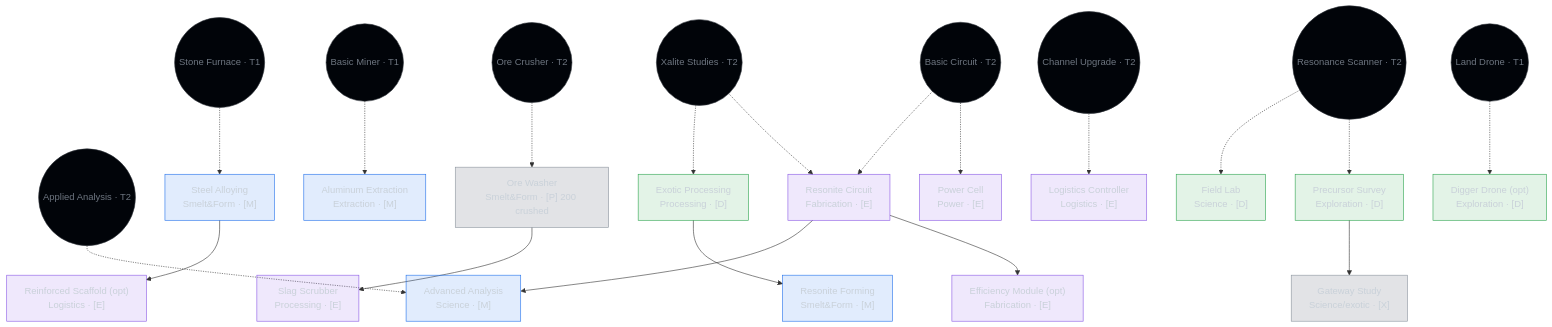
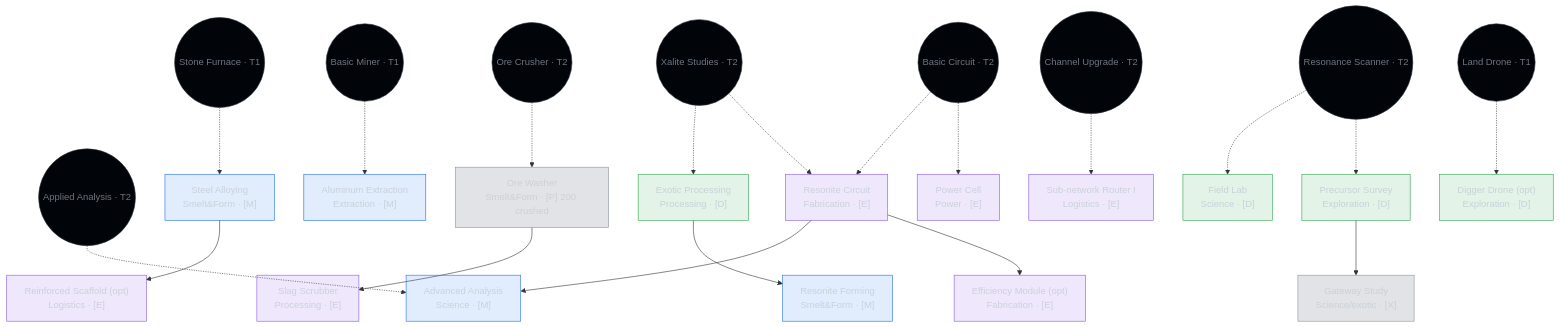
The third of 5 diagrams in docs/standard-run-design.md (gtosh4/exergon), drawn with Mermaid before and after one commit. The commit also changed other lines of this file and 2 other files, not shown here.

First line of the commit message:
docs: rename logistics nodes → Sub-network Router I/II

````diff
--- a/docs/standard-run-design.md
+++ b/docs/standard-run-design.md
@@ -320,55 +320,55 @@
 ```mermaid
 graph TD
   %% Tier 3 — Inheritance. [M]Material [E]Engineering [D]Discovery [P]Production [X]Exploration. Dashed=cross-tier.
   BMx(("Basic Miner · T1")):::ext
   SFx(("Stone Furnace · T1")):::ext
   OCx(("Ore Crusher · T2")):::ext
   BCx(("Basic Circuit · T2")):::ext
   XSx(("Xalite Studies · T2")):::ext
   AAx(("Applied Analysis · T2")):::ext
   CUx(("Channel Upgrade · T2")):::ext
   RSx(("Resonance Scanner · T2")):::ext
   LDx(("Land Drone · T1")):::ext
 
   AL["Aluminum Extraction<br/>Extraction · [M]"]:::mat
   ST["Steel Alloying<br/>Smelt&Form · [M]"]:::mat
   OW["Ore Washer<br/>Smelt&Form · [P] 200 crushed"]:::prod
   SS["Slag Scrubber<br/>Processing · [E]"]:::eng
   EP["Exotic Processing<br/>Processing · [D]"]:::dis
   RF["Resonite Forming<br/>Smelt&Form · [M]"]:::mat
   RC["Resonite Circuit<br/>Fabrication · [E]"]:::eng
   AA["Advanced Analysis<br/>Science · [M]"]:::mat
   FL["Field Lab<br/>Science · [D]"]:::dis
-  LC["Logistics Controller<br/>Logistics · [E]"]:::eng
+  LC["Sub-network Router I<br/>Logistics · [E]"]:::eng
   PC["Power Cell<br/>Power · [E]"]:::eng
   PS["Precursor Survey<br/>Exploration · [D]"]:::dis
   GS["Gateway Study<br/>Science/exotic · [X]"]:::prod
   DD["Digger Drone (opt)<br/>Exploration · [D]"]:::dis
   EM["Efficiency Module (opt)<br/>Fabrication · [E]"]:::eng
   RSc["Reinforced Scaffold (opt)<br/>Logistics · [E]"]:::eng
 
   BMx -.-> AL
   SFx -.-> ST
   OCx -.-> OW
   OW --> SS
   XSx -.-> EP
   EP --> RF
   BCx -.-> RC
   XSx -.-> RC
   AAx -.-> AA
   RC --> AA
   RSx -.-> FL
   CUx -.-> LC
   BCx -.-> PC
   RSx -.-> PS
   PS --> GS
   LDx -.-> DD
   RC --> EM
   ST --> RSc
 
   classDef mat fill:#1f6feb22,stroke:#1f6feb,color:#c9d1d9;
   classDef eng fill:#8957e522,stroke:#8957e5,color:#c9d1d9;
   classDef dis fill:#2da44e22,stroke:#2da44e,color:#c9d1d9;
   classDef prod fill:#6e768133,stroke:#8b949e,color:#c9d1d9;
   classDef ext fill:#010409,stroke:#30363d,color:#6e7681;
 ```
````
